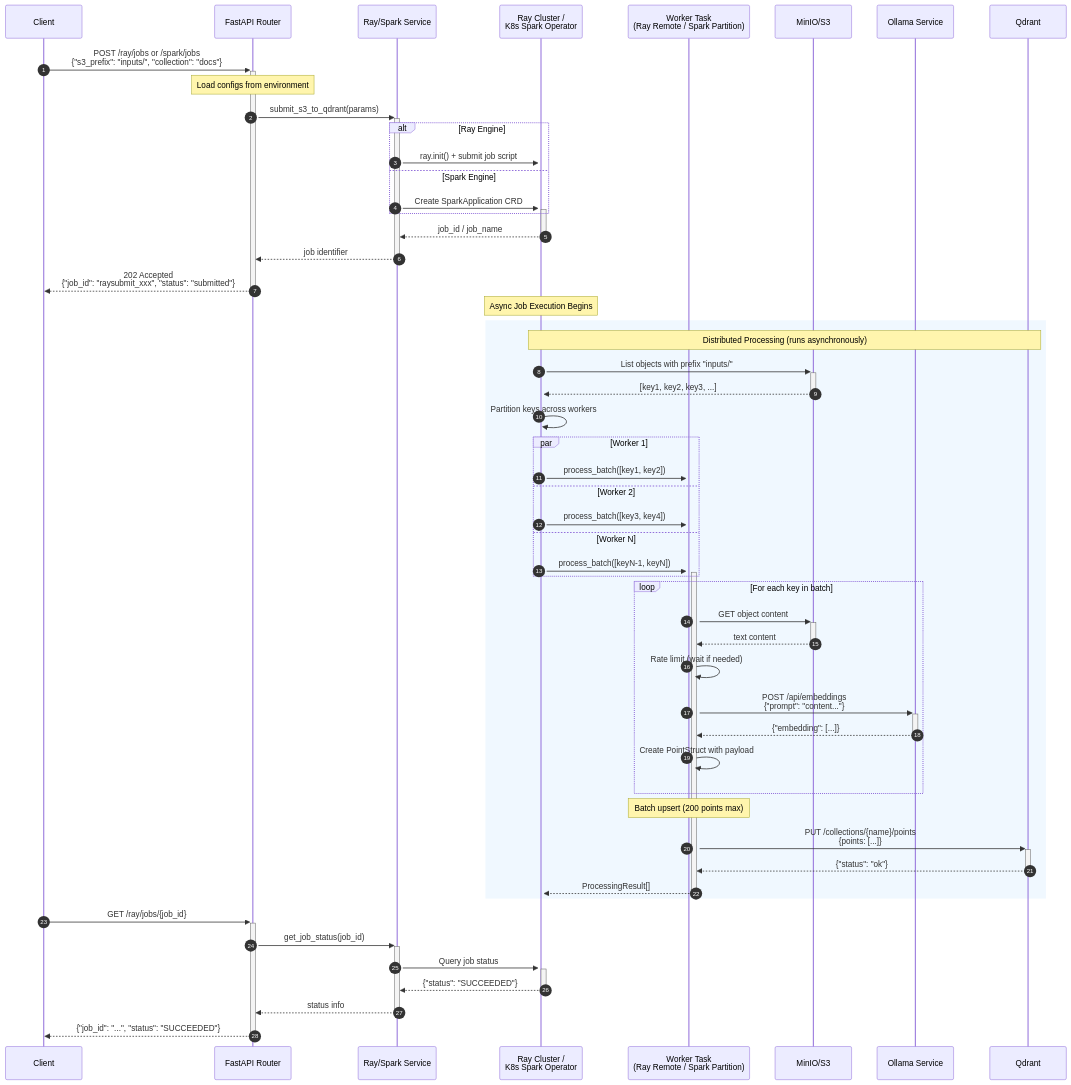
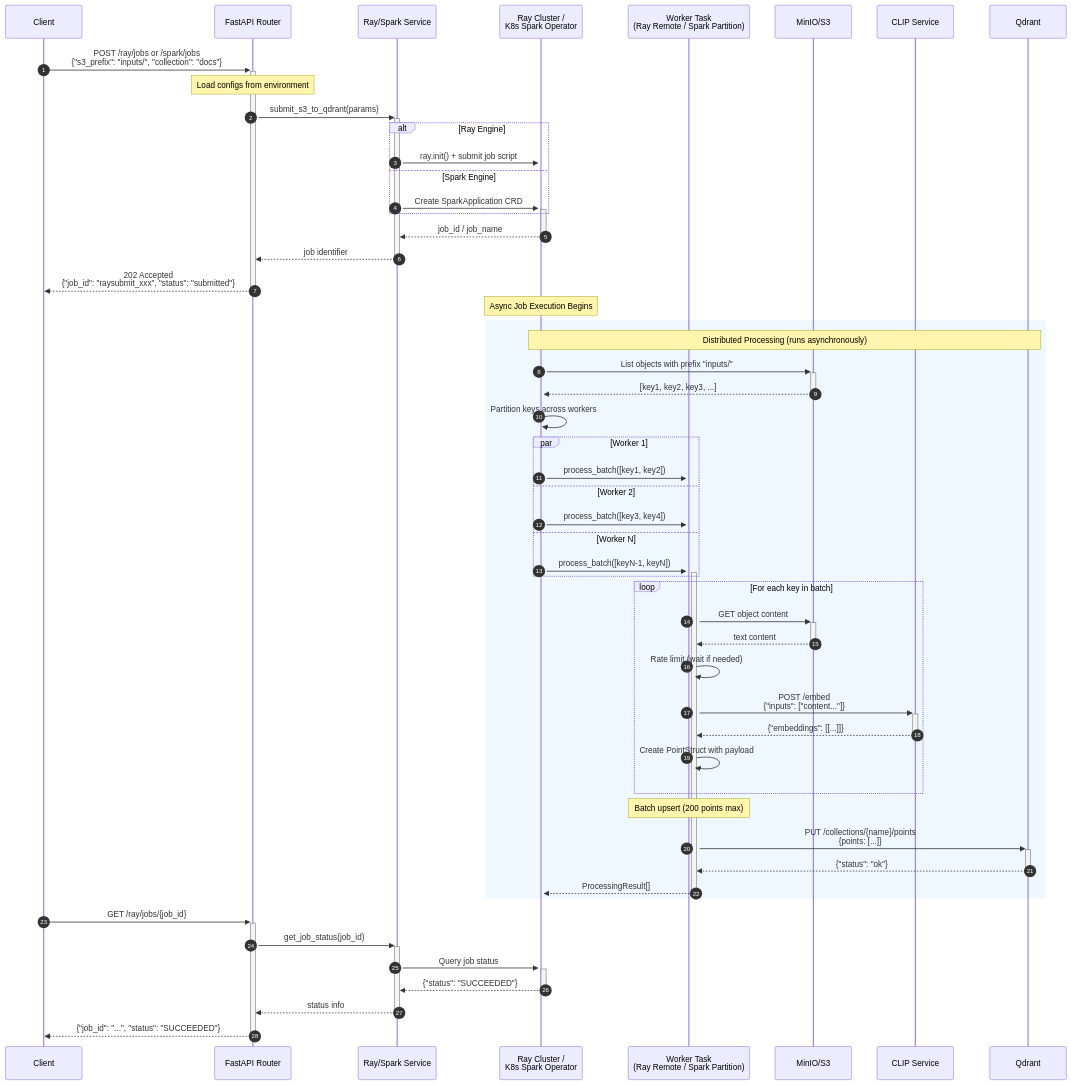
Before and after one commit to gt-sse-center/iNatInq: the diagram in charts/ingestion-engine-sequence.md, drawn with Mermaid. The commit also changed other lines of this file and 73 other files, not shown here.

First line of the commit message:
refactor: remove Ollama embedding provider entirely

````diff
--- a/charts/ingestion-engine-sequence.md
+++ b/charts/ingestion-engine-sequence.md
@@ -3,73 +3,73 @@
 ```mermaid
 sequenceDiagram
     autonumber
     participant C as Client
     participant API as FastAPI Router
     participant SVC as Ray/Spark Service
     participant Cluster as Ray Cluster /<br/>K8s Spark Operator
     participant Worker as Worker Task<br/>(Ray Remote / Spark Partition)
     participant S3 as MinIO/S3
-    participant Ollama as Ollama Service
+    participant CLIP as CLIP Service
     participant Qdrant as Qdrant
 
     C->>+API: POST /ray/jobs or /spark/jobs<br/>{"s3_prefix": "inputs/", "collection": "docs"}
 
     Note over API: Load configs from environment
     
     API->>+SVC: submit_s3_to_qdrant(params)
     
     alt Ray Engine
         SVC->>+Cluster: ray.init() + submit job script
     else Spark Engine
         SVC->>+Cluster: Create SparkApplication CRD
     end
     
     Cluster-->>-SVC: job_id / job_name
     SVC-->>-API: job identifier
     API-->>-C: 202 Accepted<br/>{"job_id": "raysubmit_xxx", "status": "submitted"}
 
     Note over Cluster: Async Job Execution Begins
 
     rect rgb(240, 248, 255)
         Note over Cluster,Qdrant: Distributed Processing (runs asynchronously)
         
         Cluster->>+S3: List objects with prefix "inputs/"
         S3-->>-Cluster: [key1, key2, key3, ...]
         
         Cluster->>Cluster: Partition keys across workers
         
         par Worker 1
             Cluster->>+Worker: process_batch([key1, key2])
         and Worker 2
             Cluster->>+Worker: process_batch([key3, key4])
         and Worker N
             Cluster->>+Worker: process_batch([keyN-1, keyN])
         end
         
         loop For each key in batch
             Worker->>+S3: GET object content
             S3-->>-Worker: text content
             
             Worker->>Worker: Rate limit (wait if needed)
             
-            Worker->>+Ollama: POST /api/embeddings<br/>{"prompt": "content..."}
-            Ollama-->>-Worker: {"embedding": [...]}
+            Worker->>+CLIP: POST /embed<br/>{"inputs": ["content..."]}
+            CLIP-->>-Worker: {"embeddings": [[...]]}
             
             Worker->>Worker: Create PointStruct with payload
         end
         
         Note over Worker: Batch upsert (200 points max)
         
         Worker->>+Qdrant: PUT /collections/{name}/points<br/>{points: [...]}
         Qdrant-->>-Worker: {"status": "ok"}
         
         Worker-->>-Cluster: ProcessingResult[]
     end
 
     C->>+API: GET /ray/jobs/{job_id}
     API->>+SVC: get_job_status(job_id)
     SVC->>+Cluster: Query job status
     Cluster-->>-SVC: {"status": "SUCCEEDED"}
     SVC-->>-API: status info
     API-->>-C: {"job_id": "...", "status": "SUCCEEDED"}
 ```
````
